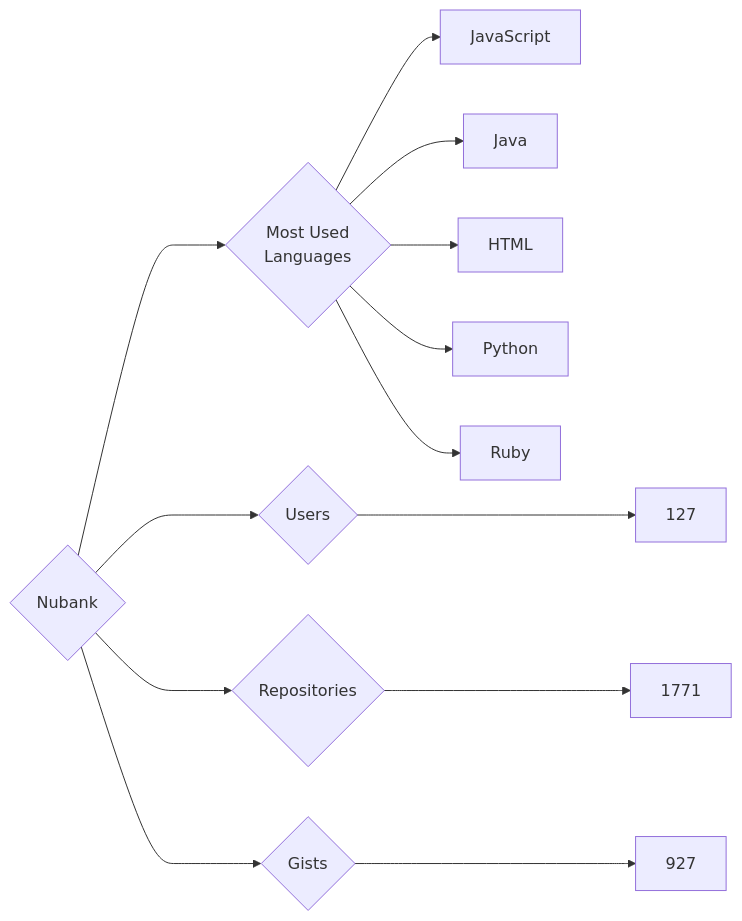
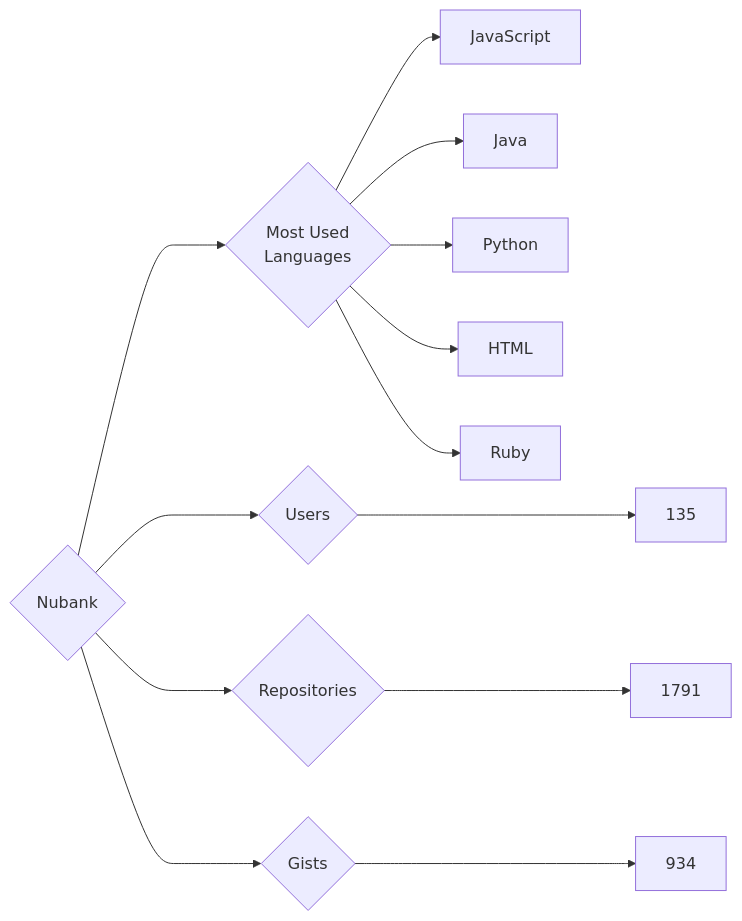
The diagram in targets/Nubank/README.md (trickest/insiders), drawn with Mermaid before and after one commit. The commit also changed 976 other files, not shown here.

````diff
--- a/targets/Nubank/README.md
+++ b/targets/Nubank/README.md
@@ -3,13 +3,13 @@
 ```mermaid
 graph LR
 COMPANY_NAME{Nubank}
-COMPANY_NAME ---> U{Users} ---> UN[127]
-COMPANY_NAME ---> R{Repositories} ---> RN[1771]
-COMPANY_NAME ---> G{Gists} ---> GN[927]
+COMPANY_NAME ---> U{Users} ---> UN[135]
+COMPANY_NAME ---> R{Repositories} ---> RN[1791]
+COMPANY_NAME ---> G{Gists} ---> GN[934]
 COMPANY_NAME ---> ML{Most Used<br>Languages}
 ML --> JavaScript[JavaScript]
 ML --> Java[Java]
+ML --> Python[Python]
 ML --> HTML[HTML]
-ML --> Python[Python]
 ML --> Ruby[Ruby]
 ```
````
